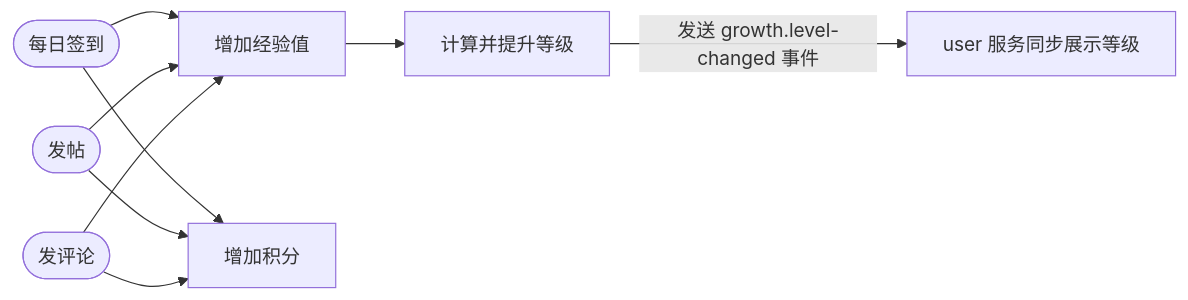
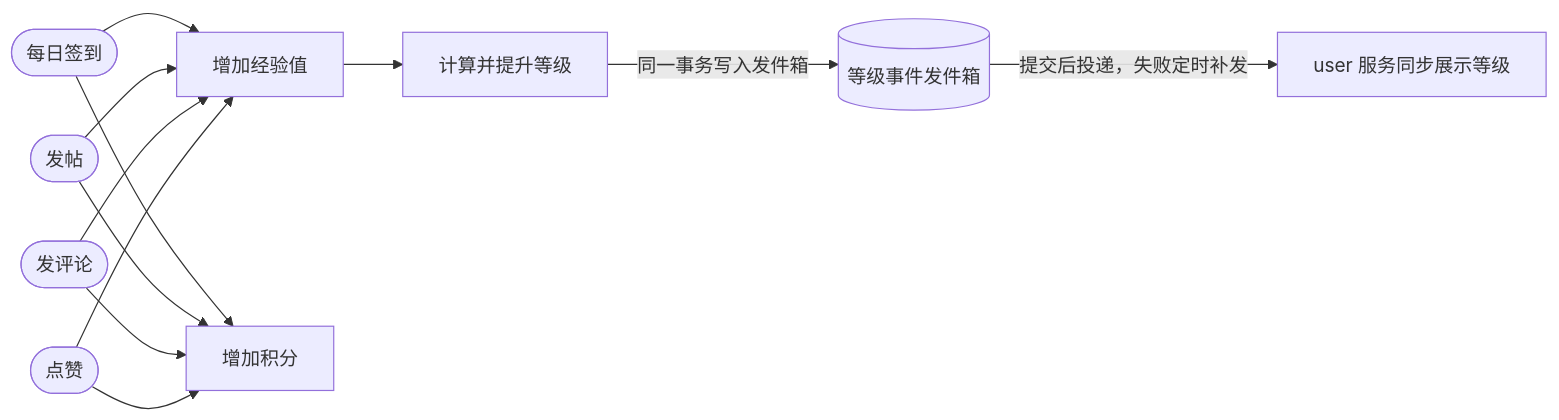
The tenth of 14 diagrams in README.md (pluchon/meng_center), drawn with Mermaid before and after one commit. The commit also changed other lines of this file and 23 other files, not shown here.

````diff
--- a/README.md
+++ b/README.md
@@ -246,6 +251,7 @@
 ```mermaid
 flowchart LR
-    SIGN([每日签到]) & POST([发帖]) & COMMENT([发评论]) --> XP[增加经验值] & PT[增加积分]
+    SIGN([每日签到]) & POST([发帖]) & COMMENT([发评论]) & LIKE([点赞]) --> XP[增加经验值] & PT[增加积分]
     XP --> LV[计算并提升等级]
-    LV -->|发送 growth.level-changed 事件| USER[user 服务同步展示等级]
+    LV -->|同一事务写入发件箱| OB[(等级事件发件箱)]
+    OB -->|提交后投递，失败定时补发| USER[user 服务同步展示等级]
 ```
````
